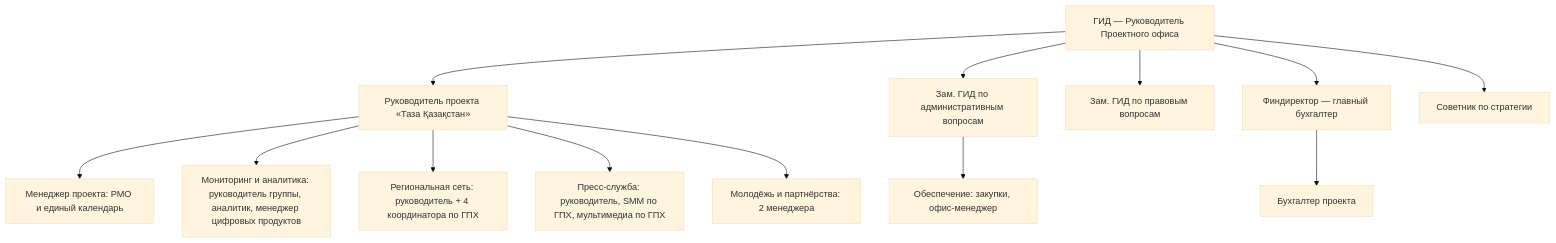
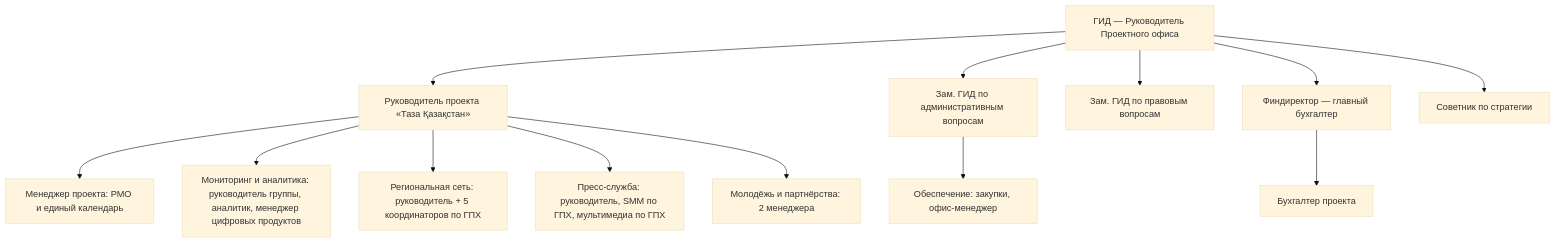
The diagram in TAZA/03 — План усиления команды и бюджет (черновик).md (murat01042014/obsidian-vault), drawn with Mermaid (base theme) before and after one commit. The commit also changed other lines of this file and 2 other files, not shown here.

````diff
--- a/TAZA/03 — План усиления команды и бюджет (черновик).md
+++ b/TAZA/03 — План усиления команды и бюджет (черновик).md
@@ -44,15 +42,15 @@
 ```mermaid
 flowchart TB
   G["ГИД — Руководитель Проектного офиса"] --> RP["Руководитель проекта «Таза Қазақстан»"]
   G --> ZA["Зам. ГИД по административным вопросам"]
   G --> ZP["Зам. ГИД по правовым вопросам"]
   G --> FD["Финдиректор — главный бухгалтер"]
   G --> SS["Советник по стратегии"]
   RP --> MP["Менеджер проекта: PMO и единый календарь"]
   RP --> MON["Мониторинг и аналитика: руководитель группы, аналитик, менеджер цифровых продуктов"]
-  RP --> RS["Региональная сеть: руководитель + 4 координатора по ГПХ"]
+  RP --> RS["Региональная сеть: руководитель + 5 координаторов по ГПХ"]
   RP --> PR["Пресс-служба: руководитель, SMM по ГПХ, мультимедиа по ГПХ"]
   RP --> YP["Молодёжь и партнёрства: 2 менеджера"]
   ZA --> OB["Обеспечение: закупки, офис-менеджер"]
   FD --> BU["Бухгалтер проекта"]
 ```
````
